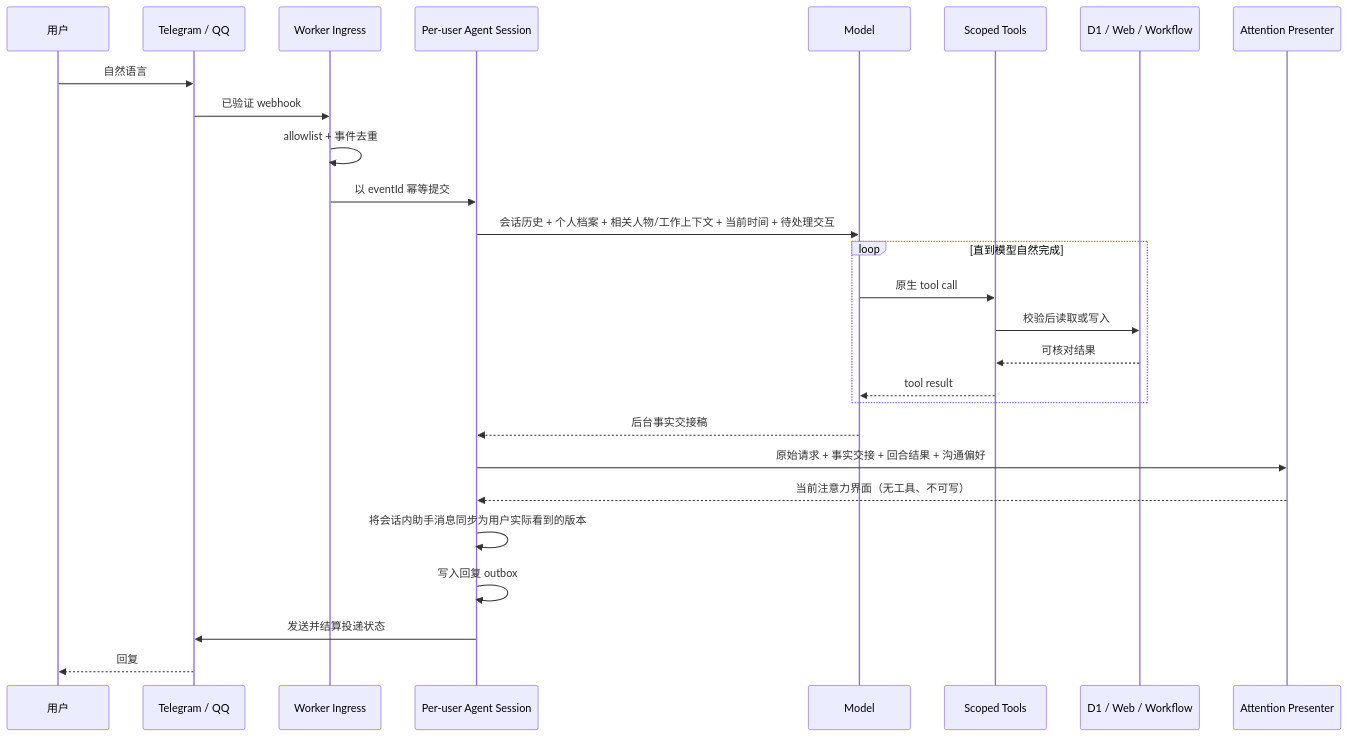
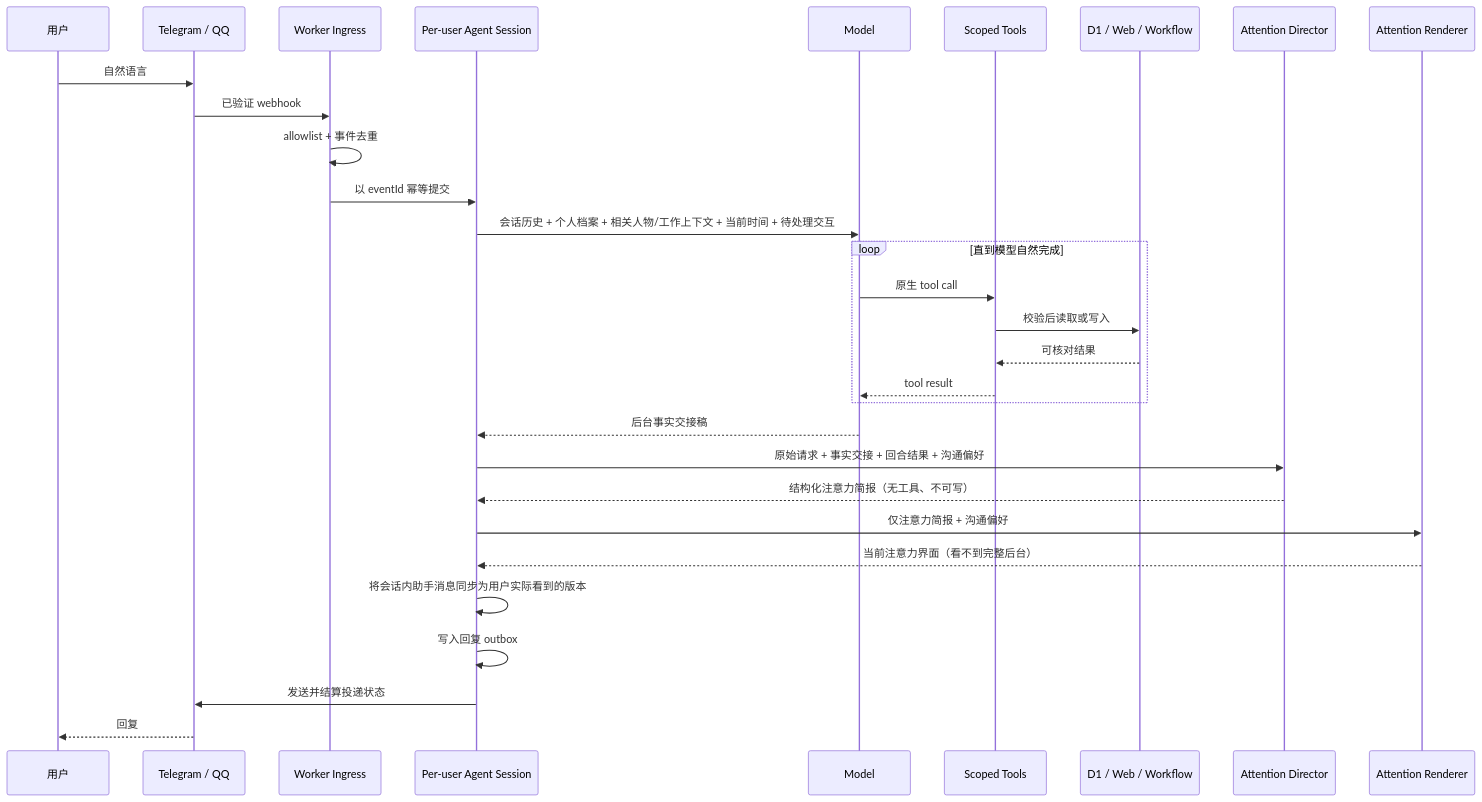
Before and after one commit to kinamind/Desk-IX: the diagram in docs/architecture.md, drawn with Mermaid. The commit also changed other lines of this file and 6 other files, not shown here.

````diff
--- a/docs/architecture.md
+++ b/docs/architecture.md
@@ -22,30 +22,33 @@
 ```mermaid
 sequenceDiagram
   participant U as 用户
   participant C as Telegram / QQ
   participant W as Worker Ingress
   participant S as Per-user Agent Session
   participant M as Model
   participant T as Scoped Tools
   participant D as D1 / Web / Workflow
-  participant A as Attention Presenter
+  participant A as Attention Director
+  participant R as Attention Renderer
 
   U->>C: 自然语言
   C->>W: 已验证 webhook
   W->>W: allowlist + 事件去重
   W->>S: 以 eventId 幂等提交
   S->>M: 会话历史 + 个人档案 + 相关人物/工作上下文 + 当前时间 + 待处理交互
   loop 直到模型自然完成
     M->>T: 原生 tool call
     T->>D: 校验后读取或写入
     D-->>T: 可核对结果
     T-->>M: tool result
   end
   M-->>S: 后台事实交接稿
   S->>A: 原始请求 + 事实交接 + 回合结果 + 沟通偏好
-  A-->>S: 当前注意力界面（无工具、不可写）
+  A-->>S: 结构化注意力简报（无工具、不可写）
+  S->>R: 仅注意力简报 + 沟通偏好
+  R-->>S: 当前注意力界面（看不到完整后台）
   S->>S: 将会话内助手消息同步为用户实际看到的版本
   S->>S: 写入回复 outbox
   S->>C: 发送并结算投递状态
   C-->>U: 回复
 ```
````
